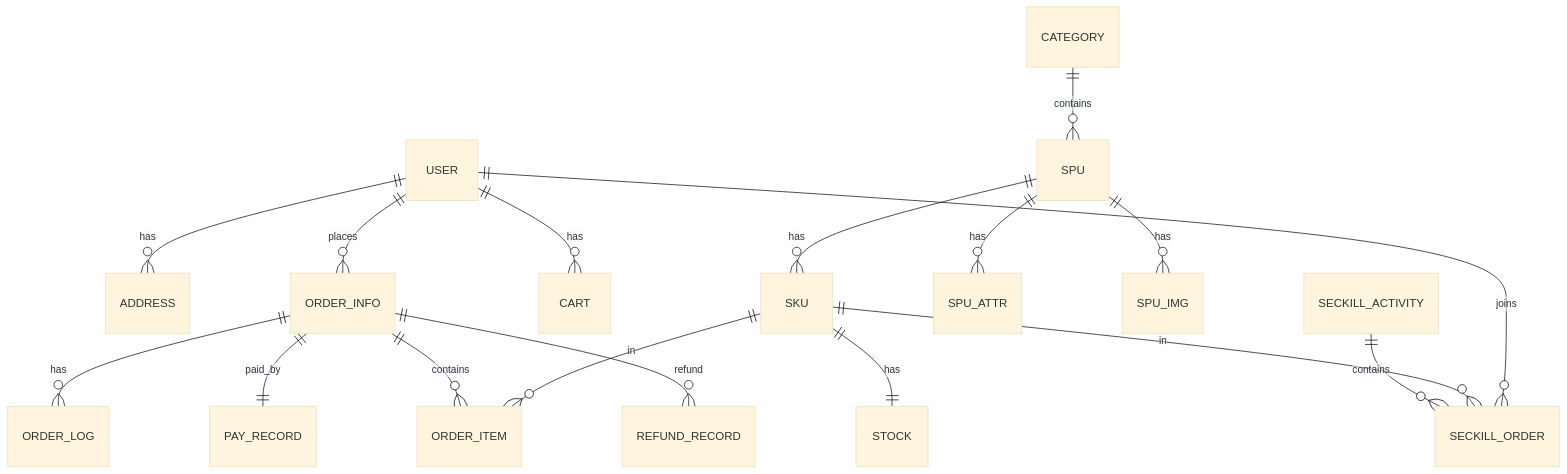
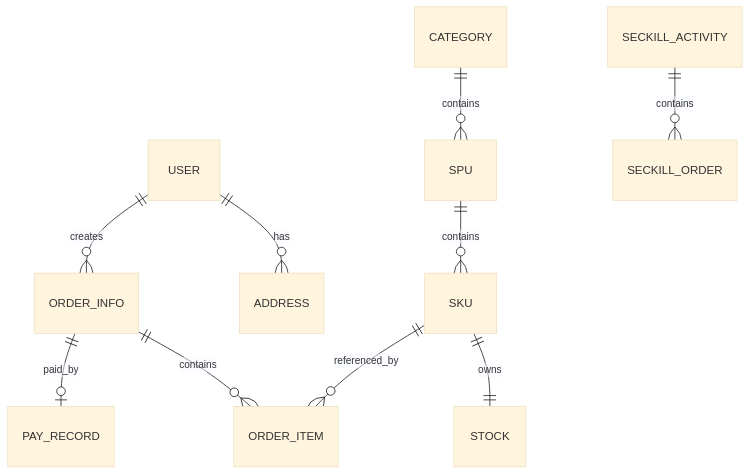
Before and after one commit to zyyyyynnn/Microservices-Final-Project: the diagram in docs/DATABASE.md, drawn with Mermaid (base theme). The commit also changed other lines of this file, not shown here.

````diff
--- a/docs/DATABASE.md
+++ b/docs/DATABASE.md
@@ -25,19 +41,12 @@
 ```mermaid
 erDiagram
   USER ||--o{ ADDRESS : has
-  USER ||--o{ ORDER_INFO : places
-  USER ||--o{ CART : has
-  USER ||--o{ SECKILL_ORDER : joins
+  USER ||--o{ ORDER_INFO : creates
   CATEGORY ||--o{ SPU : contains
-  SPU ||--o{ SKU : has
-  SPU ||--o{ SPU_ATTR : has
-  SPU ||--o{ SPU_IMG : has
-  SKU ||--|| STOCK : has
-  SKU ||--o{ ORDER_ITEM : in
-  SKU ||--o{ SECKILL_ORDER : in
+  SPU ||--o{ SKU : contains
+  SKU ||--|| STOCK : owns
   ORDER_INFO ||--o{ ORDER_ITEM : contains
-  ORDER_INFO ||--o{ ORDER_LOG : has
-  ORDER_INFO ||--|| PAY_RECORD : paid_by
-  ORDER_INFO ||--o{ REFUND_RECORD : refund
+  SKU ||--o{ ORDER_ITEM : referenced_by
+  ORDER_INFO ||--o| PAY_RECORD : paid_by
   SECKILL_ACTIVITY ||--o{ SECKILL_ORDER : contains
 ```
````
